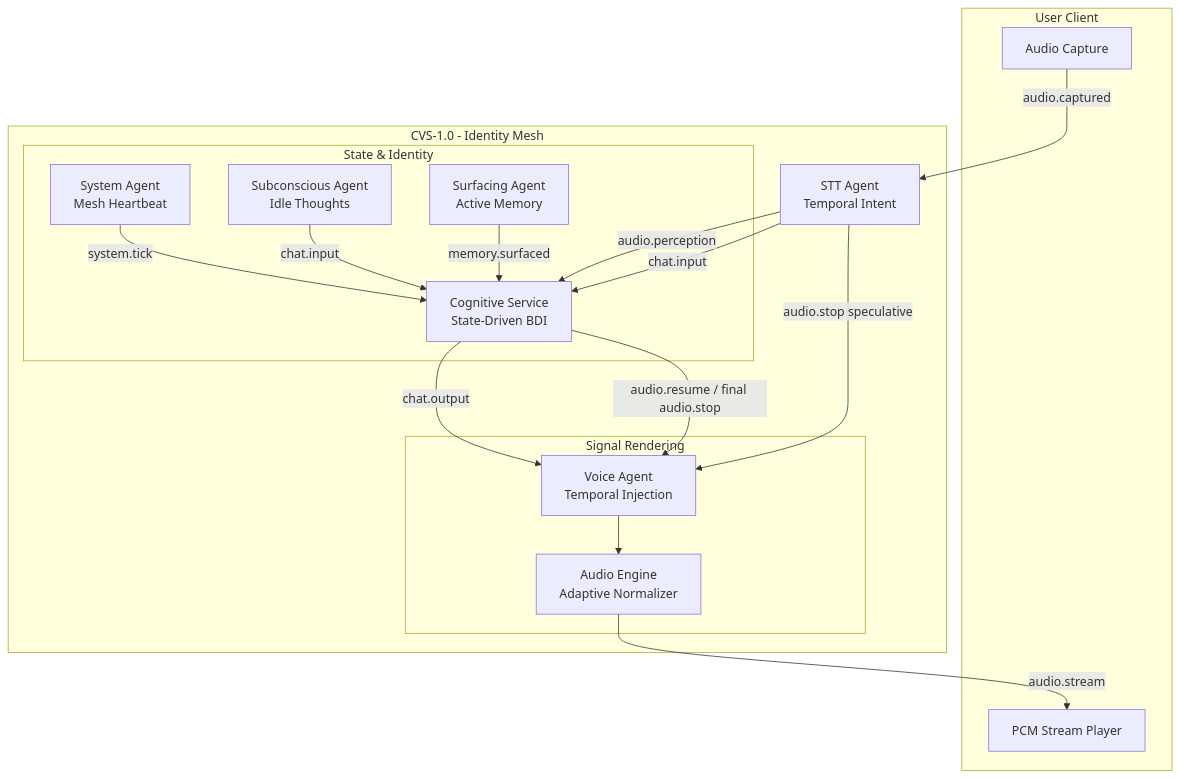
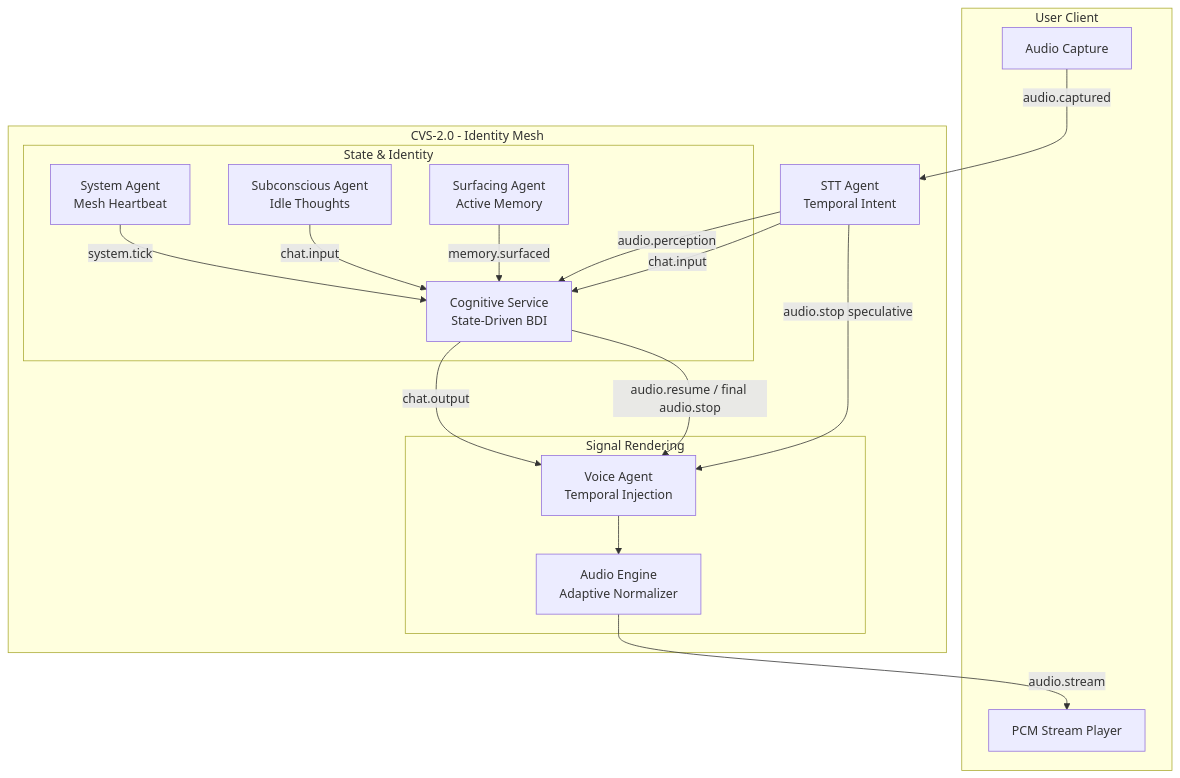
One commit to Aniket-a14/AI_friend changed the diagram in docs/ARCHITECTURE.md. Above: the diagram before and after it, drawn with Mermaid. The commit also changed other lines of this file and 8 other files, not shown here.

Commit message:
docs: bump version to CVS-2.0 and document Rust Native Execution architecture

````diff
--- a/docs/ARCHITECTURE.md
+++ b/docs/ARCHITECTURE.md
@@ -86,35 +86,35 @@
 ```mermaid
 graph TB
     subgraph Client ["User Client"]
         MIC["Audio Capture"]
         PCM_PLAYER["PCM Stream Player"]
     end
 
-    subgraph CVS_Mesh ["CVS-1.0 - Identity Mesh"]
+    subgraph CVS_Mesh ["CVS-2.0 - Identity Mesh"]
         STT["STT Agent<br/>Temporal Intent"]
         
         subgraph Brain_Core ["State & Identity"]
             SYSTEM_TICK["System Agent<br/>Mesh Heartbeat"]
             SUBCO["Subconscious Agent<br/>Idle Thoughts"]
             SURFACING["Surfacing Agent<br/>Active Memory"]
             DECISION["Cognitive Service<br/>State-Driven BDI"]
         end
 
         subgraph Voice_Core ["Signal Rendering"]
             VOICE_CONTROLLER["Voice Agent<br/>Temporal Injection"]
             AUDIO_ENGINE["Audio Engine<br/>Adaptive Normalizer"]
         end
     end
 
     MIC -->|audio.captured| STT
     STT -->|audio.perception| DECISION
     STT -->|audio.stop speculative| VOICE_CONTROLLER
     STT -->|chat.input| DECISION
     SYSTEM_TICK -->|system.tick| DECISION
     SUBCO -->|chat.input| DECISION
     SURFACING -->|memory.surfaced| DECISION
     DECISION -->|chat.output| VOICE_CONTROLLER
     DECISION -->|audio.resume / final audio.stop| VOICE_CONTROLLER
     VOICE_CONTROLLER --> AUDIO_ENGINE
     AUDIO_ENGINE -->|audio.stream| PCM_PLAYER
 ```
````
